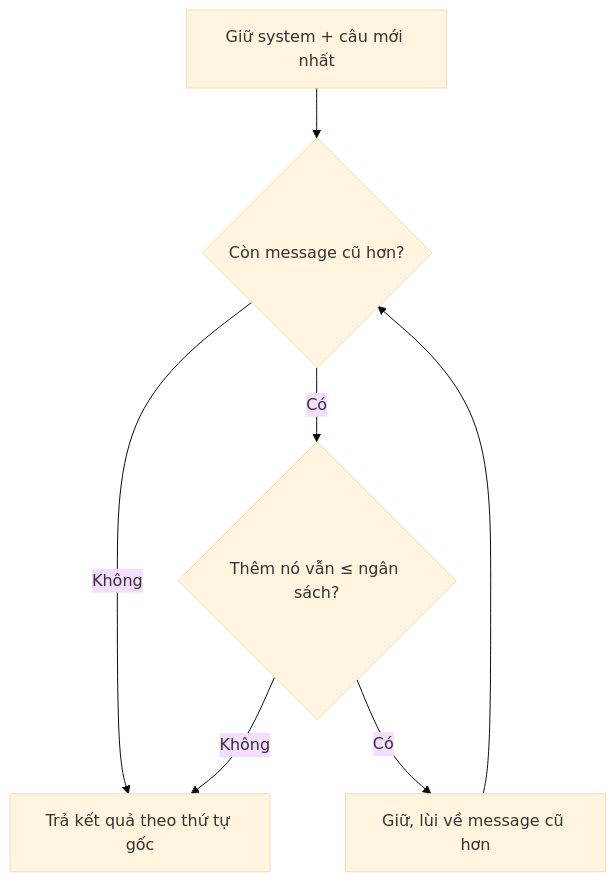
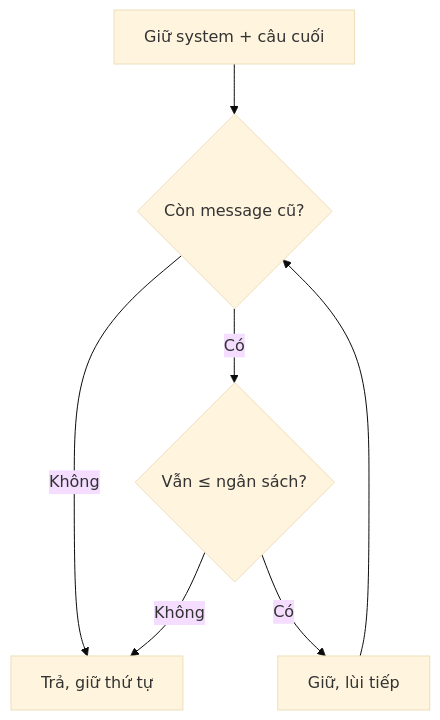
The second of 4 diagrams in academy/curriculum/L05-hoi-thoai-context-window/lesson.md (ht-nah98/ai-academy), drawn with Mermaid (base theme) before and after one commit. The commit also changed other lines of this file and 54 other files, not shown here.

````diff
--- a/academy/curriculum/L05-hoi-thoai-context-window/lesson.md
+++ b/academy/curriculum/L05-hoi-thoai-context-window/lesson.md
@@ -111,8 +111,8 @@
 ```mermaid
 flowchart TD
-    S["Giữ system + câu mới nhất"] --> N{"Còn message cũ hơn?"}
-    N -- "Không" --> E["Trả kết quả theo thứ tự gốc"]
-    N -- "Có" --> F{"Thêm nó vẫn ≤ ngân sách?"}
-    F -- "Có" --> K["Giữ, lùi về message cũ hơn"] --> N
+    S["Giữ system + câu cuối"] --> N{"Còn message cũ?"}
+    N -- "Không" --> E["Trả, giữ thứ tự"]
+    N -- "Có" --> F{"Vẫn ≤ ngân sách?"}
+    F -- "Có" --> K["Giữ, lùi tiếp"] --> N
     F -- "Không" --> E
 ```
````
